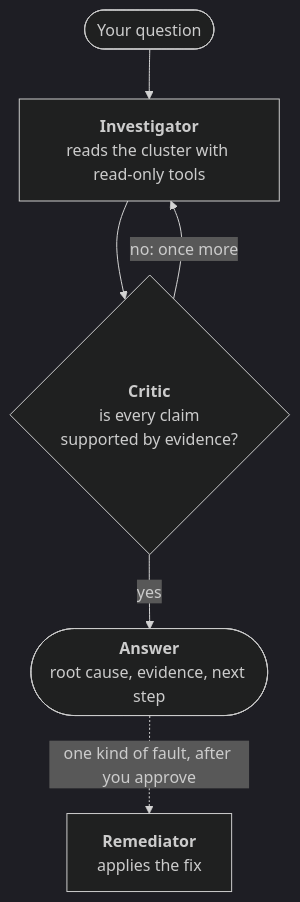
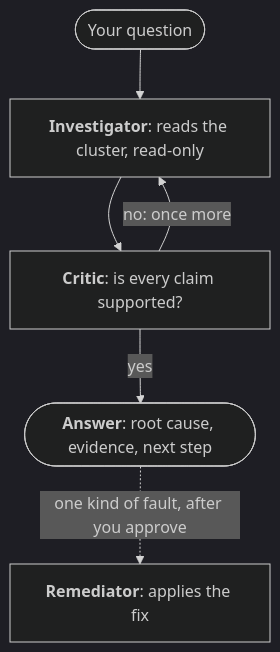
Before and after one commit to tomershukhman/k8s-troubleshooting-agent: the diagram in README.md, drawn with Mermaid (dark theme).

Commit message:
README: a compact workflow diagram [skip ci]

````diff
--- a/README.md
+++ b/README.md
@@ -9,8 +9,8 @@
 ```mermaid
 flowchart TD
-    q(["Your question"]) --> inv["<b>Investigator</b><br/>reads the cluster with read-only tools"]
-    inv --> critic{"<b>Critic</b><br/>is every claim<br/>supported by evidence?"}
+    q(["Your question"]) --> inv["<b>Investigator</b>: reads the cluster, read-only"]
+    inv --> critic["<b>Critic</b>: is every claim supported?"]
     critic -- "no: once more" --> inv
-    critic -- "yes" --> ans(["<b>Answer</b><br/>root cause, evidence, next step"])
-    ans -. "one kind of fault, after you approve" .-> rem["<b>Remediator</b><br/>applies the fix"]
+    critic -- "yes" --> ans(["<b>Answer</b>: root cause, evidence, next step"])
+    ans -. "one kind of fault, after you approve" .-> rem["<b>Remediator</b>: applies the fix"]
 ```
````
